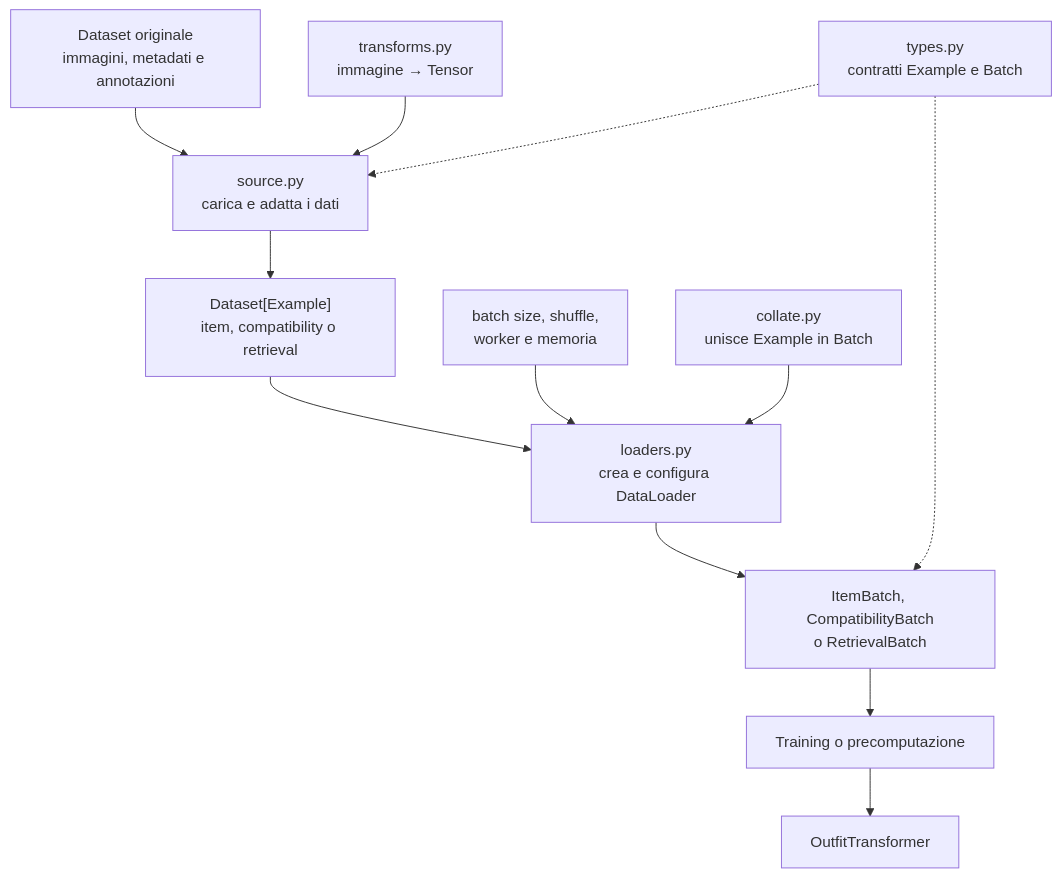
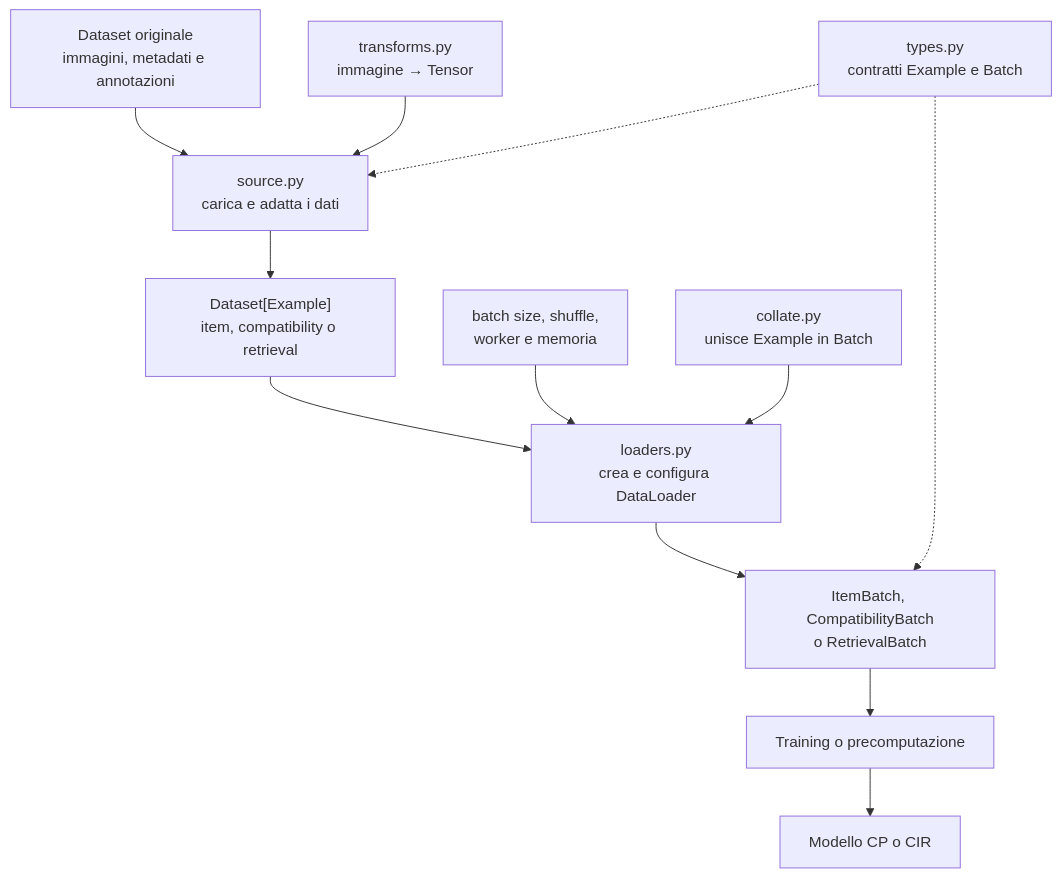
One commit to FlorindoDev/OutfitTransformer changed the diagram in data/README.md. Above: the diagram before and after it, drawn with Mermaid. The commit also changed other lines of this file and 25 other files, not shown here.

First line of the commit message:
refactor(model)!: remove common transformer

````diff
--- a/data/README.md
+++ b/data/README.md
@@ -31,27 +31,27 @@
 ```mermaid
 flowchart TD
     RAW["Dataset originale<br/>immagini, metadati e annotazioni"]
     TRANSFORM["transforms.py<br/>immagine → Tensor"]
     TYPES["types.py<br/>contratti Example e Batch"]
     SOURCE["source.py<br/>carica e adatta i dati"]
     DATASET["Dataset[Example]<br/>item, compatibility o retrieval"]
     LOADER["loaders.py<br/>crea e configura DataLoader"]
     CONFIG["batch size, shuffle,<br/>worker e memoria"]
     COLLATE["collate.py<br/>unisce Example in Batch"]
     BATCH["ItemBatch, CompatibilityBatch<br/>o RetrievalBatch"]
     TRAINING["Training o precomputazione"]
-    MODEL["OutfitTransformer"]
+    MODEL["Modello CP o CIR"]
 
     RAW --> SOURCE
     TRANSFORM --> SOURCE
     TYPES -.-> SOURCE
     SOURCE --> DATASET
     DATASET --> LOADER
     CONFIG --> LOADER
     COLLATE --> LOADER
     LOADER --> BATCH
     TYPES -.-> BATCH
     BATCH --> TRAINING
     TRAINING --> MODEL
 
 ```
````
